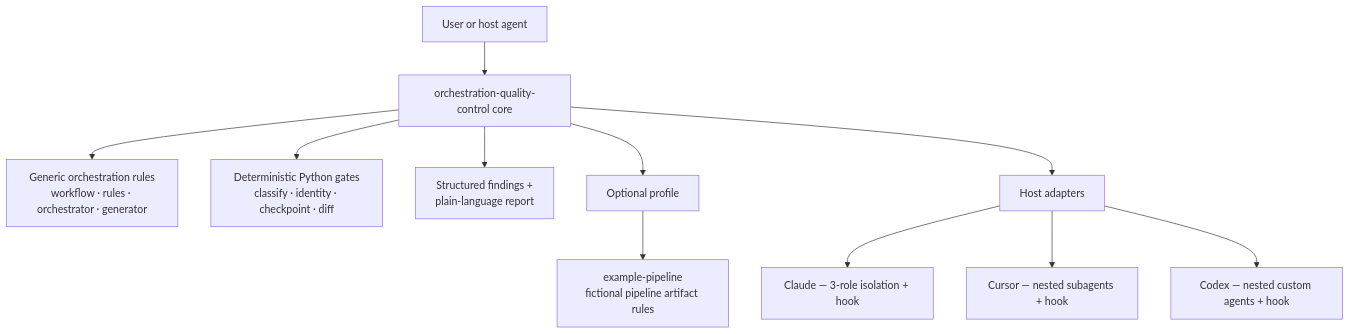
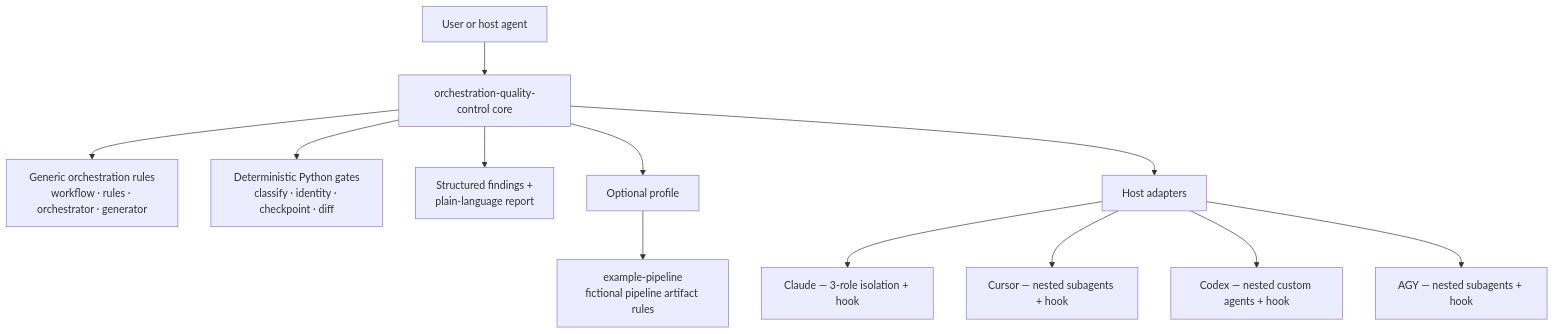
Before and after one commit to theocarranza/orchestration-quality-control-agnostic: the first of 3 diagrams in README.md, drawn with Mermaid. The commit also changed other lines of this file and 57 other files, not shown here.

````diff
--- a/README.md
+++ b/README.md
@@ -51,13 +51,14 @@
 ```mermaid
 flowchart TD
     USER["User or host agent"] --> CORE["orchestration-quality-control core"]
     CORE --> RULES["Generic orchestration rules\nworkflow · rules · orchestrator · generator"]
     CORE --> SCRIPTS["Deterministic Python gates\nclassify · identity · checkpoint · diff"]
     CORE --> REPORT["Structured findings +\nplain-language report"]
     CORE --> PROFILE["Optional profile"]
     PROFILE --> E2E["example-pipeline\nfictional pipeline artifact rules"]
     CORE --> ADAPTERS["Host adapters"]
     ADAPTERS --> CLAUDE["Claude — 3-role isolation + hook"]
     ADAPTERS --> CURSOR["Cursor — nested subagents + hook"]
     ADAPTERS --> CODEX["Codex — nested custom agents + hook"]
+    ADAPTERS --> AGY["AGY — nested subagents + hook"]
 ```
````
